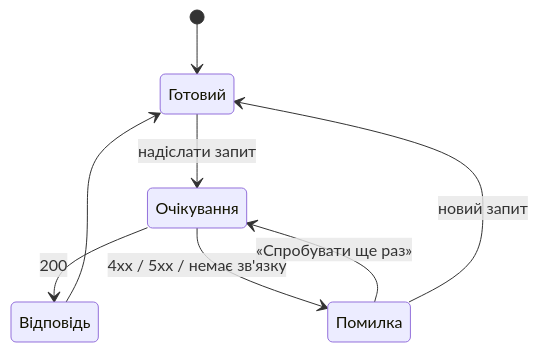
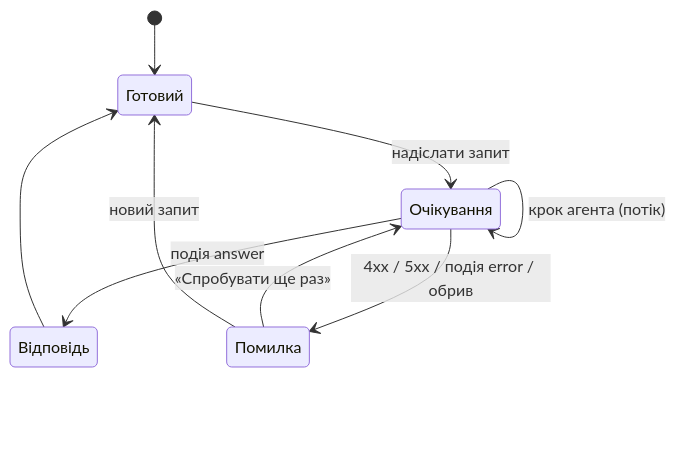
Before and after one commit to woldemarg/movie_rs: the second of 2 diagrams in docs/04-interface.md, drawn with Mermaid. The commit also changed other lines of this file and 15 other files, not shown here.

````diff
--- a/docs/04-interface.md
+++ b/docs/04-interface.md
@@ -38,10 +58,11 @@
 ```mermaid
 stateDiagram-v2
     [*] --> Готовий
     Готовий --> Очікування: надіслати запит
-    Очікування --> Відповідь: 200
-    Очікування --> Помилка: 4xx / 5xx / немає зв'язку
+    Очікування --> Очікування: крок агента (потік)
+    Очікування --> Відповідь: подія answer
+    Очікування --> Помилка: 4xx / 5xx / подія error / обрив
     Відповідь --> Готовий
     Помилка --> Очікування: «Спробувати ще раз»
     Помилка --> Готовий: новий запит
 ```
````
